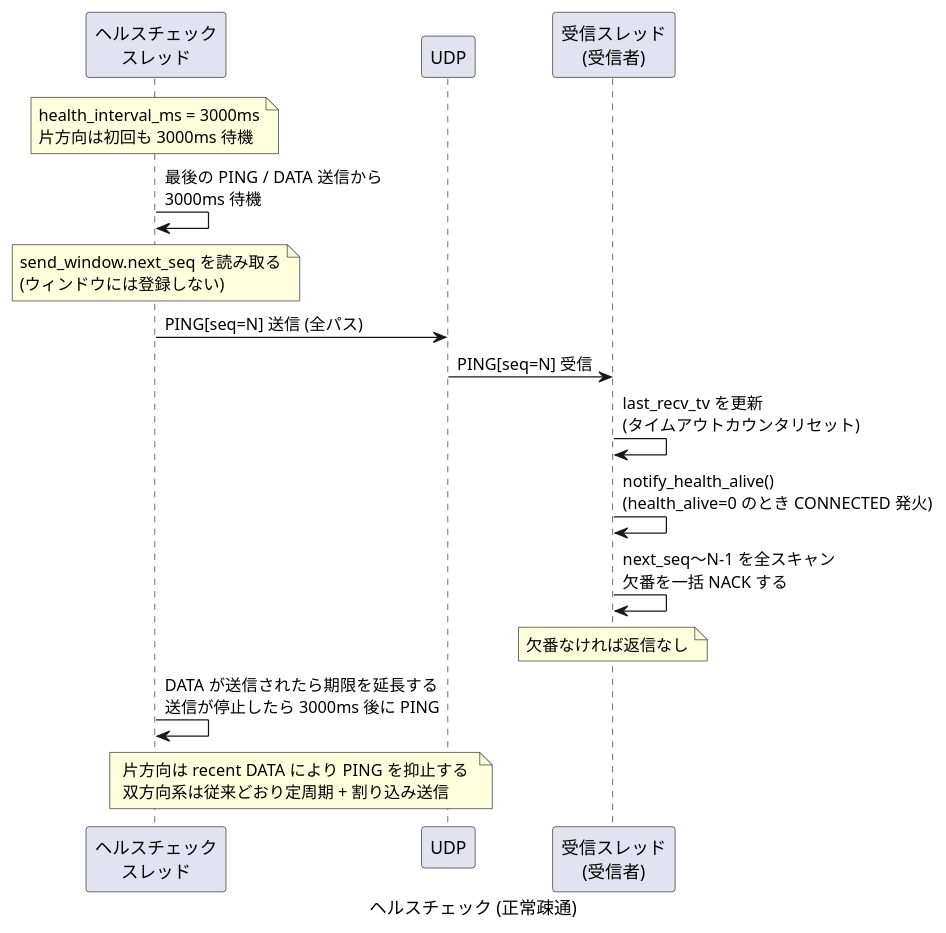
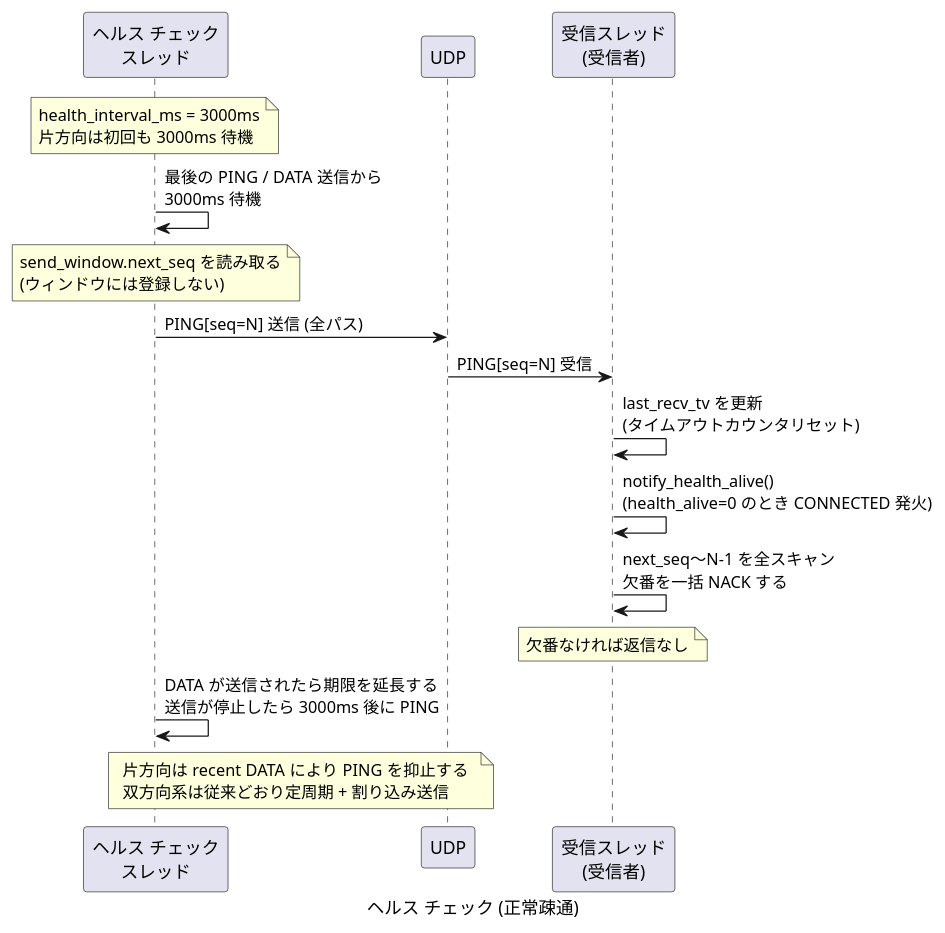
Before and after one commit to Hondarer/app_porter: the first of 2 diagrams in docs/sequence-health.md, drawn with PlantUML. The commit also changed other lines of this file and 73 other files, not shown here.

````diff
--- a/docs/sequence-health.md
+++ b/docs/sequence-health.md
@@ -9,26 +9,26 @@
 ```plantuml
-@startuml ヘルスチェック (正常疎通)
-caption ヘルスチェック (正常疎通)
+@startuml ヘルス チェック (正常疎通)
+caption ヘルス チェック (正常疎通)
 
-participant "ヘルスチェック\nスレッド" as HT
+participant "ヘルス チェック\nスレッド" as HT
 participant "UDP" as UDP
 participant "受信スレッド\n(受信者)" as RRT
 
 note over HT: health_interval_ms = 3000ms\n片方向は初回も 3000ms 待機
 
 HT -> HT: 最後の PING / DATA 送信から\n3000ms 待機
 note over HT: send_window.next_seq を読み取る\n(ウィンドウには登録しない)
 HT -> UDP: PING[seq=N] 送信 (全パス)
 
 UDP -> RRT: PING[seq=N] 受信
 RRT -> RRT: last_recv_tv を更新\n(タイムアウトカウンタリセット)
 RRT -> RRT: notify_health_alive()\n(health_alive=0 のとき CONNECTED 発火)
 RRT -> RRT: next_seq〜N-1 を全スキャン\n欠番を一括 NACK する
 note over RRT: 欠番なければ返信なし
 
 HT -> HT: DATA が送信されたら期限を延長する\n送信が停止したら 3000ms 後に PING
 
 note over HT, UDP: 片方向は recent DATA により PING を抑止する\n双方向系は従来どおり定周期 + 割り込み送信
 
 @enduml
 ```
````
